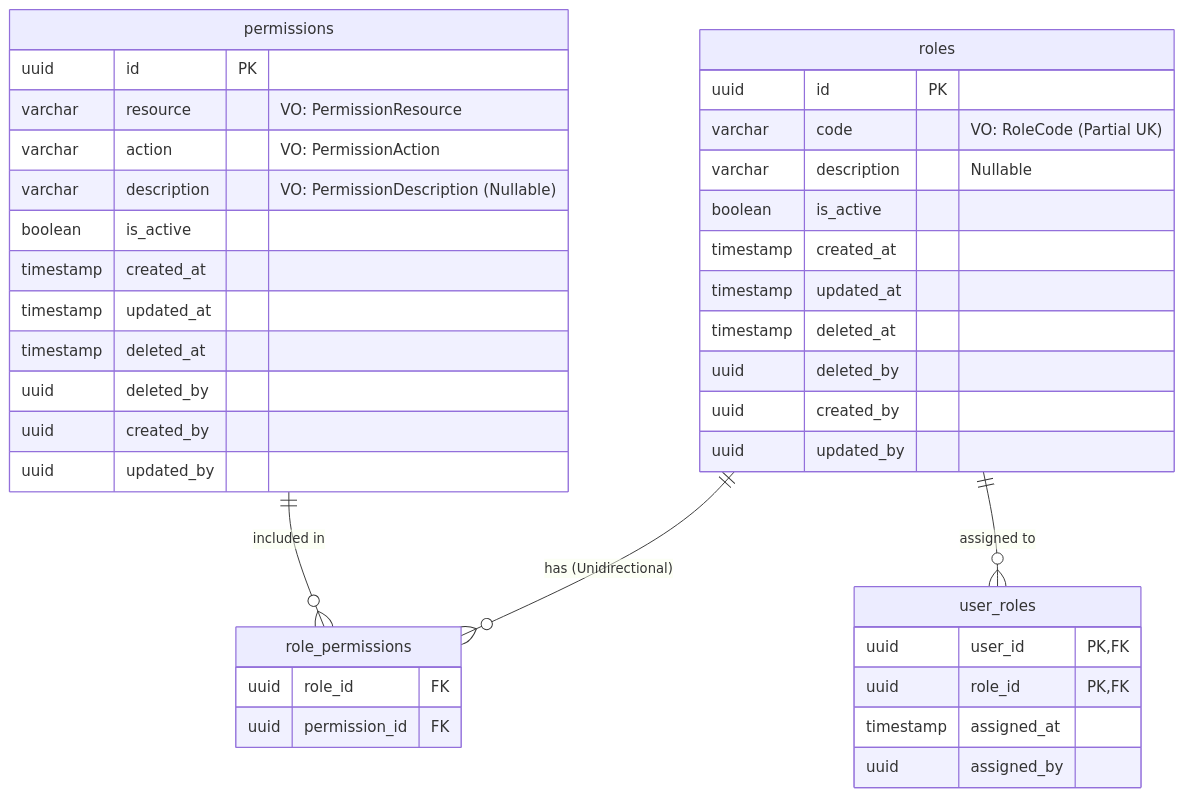
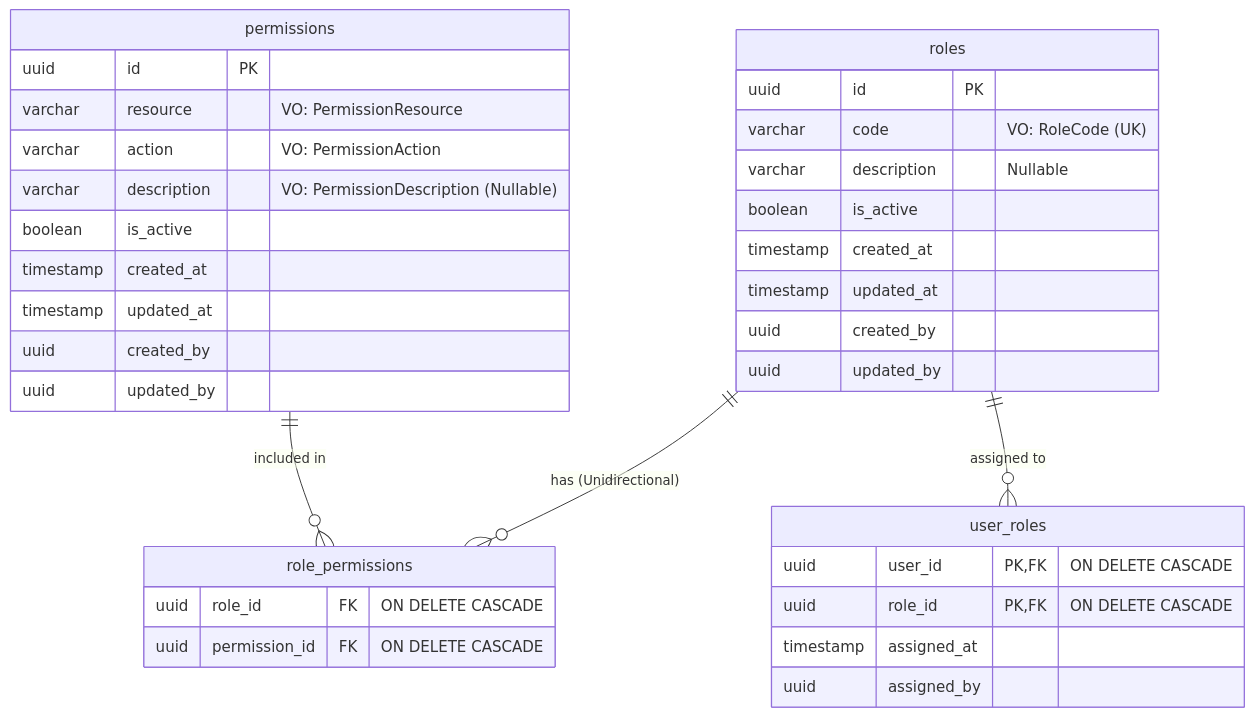
One commit to MaiTheHao/vaops changed the first of 3 diagrams in docs/superpowers/specs/2026-07-29-authorization-v2-refactoring-design.md. Above: the diagram before and after it, drawn with Mermaid. The commit also changed other lines of this file, not shown here.

Commit message:
docs(authorization): update architecture spec to use Hard Delete for RBAC

````diff
--- a/docs/superpowers/specs/2026-07-29-authorization-v2-refactoring-design.md
+++ b/docs/superpowers/specs/2026-07-29-authorization-v2-refactoring-design.md
@@ -47,45 +53,41 @@
 ```mermaid
 erDiagram
     permissions {
         uuid id PK
         varchar resource "VO: PermissionResource"
         varchar action "VO: PermissionAction"
         varchar description "VO: PermissionDescription (Nullable)"
         boolean is_active
         timestamp created_at
         timestamp updated_at
-        timestamp deleted_at
-        uuid deleted_by
         uuid created_by
         uuid updated_by
     }
 
     roles {
         uuid id PK
-        varchar code "VO: RoleCode (Partial UK)"
+        varchar code "VO: RoleCode (UK)"
         varchar description "Nullable"
         boolean is_active
         timestamp created_at
         timestamp updated_at
-        timestamp deleted_at
-        uuid deleted_by
         uuid created_by
         uuid updated_by
     }
 
     role_permissions {
-        uuid role_id FK
-        uuid permission_id FK
+        uuid role_id FK "ON DELETE CASCADE"
+        uuid permission_id FK "ON DELETE CASCADE"
     }
 
     user_roles {
-        uuid user_id PK, FK
-        uuid role_id PK, FK
+        uuid user_id PK, FK "ON DELETE CASCADE"
+        uuid role_id PK, FK "ON DELETE CASCADE"
         timestamp assigned_at
         uuid assigned_by
     }
 
     roles ||--o{ role_permissions : "has (Unidirectional)"
     permissions ||--o{ role_permissions : "included in"
     roles ||--o{ user_roles : "assigned to"
 ```
````
